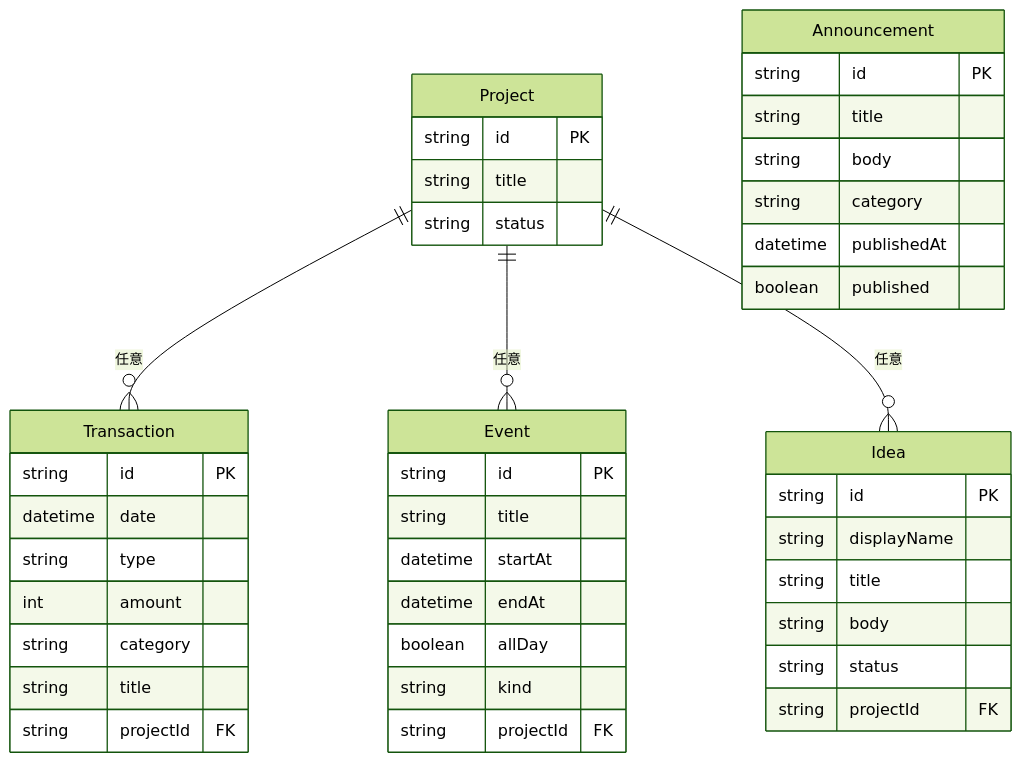
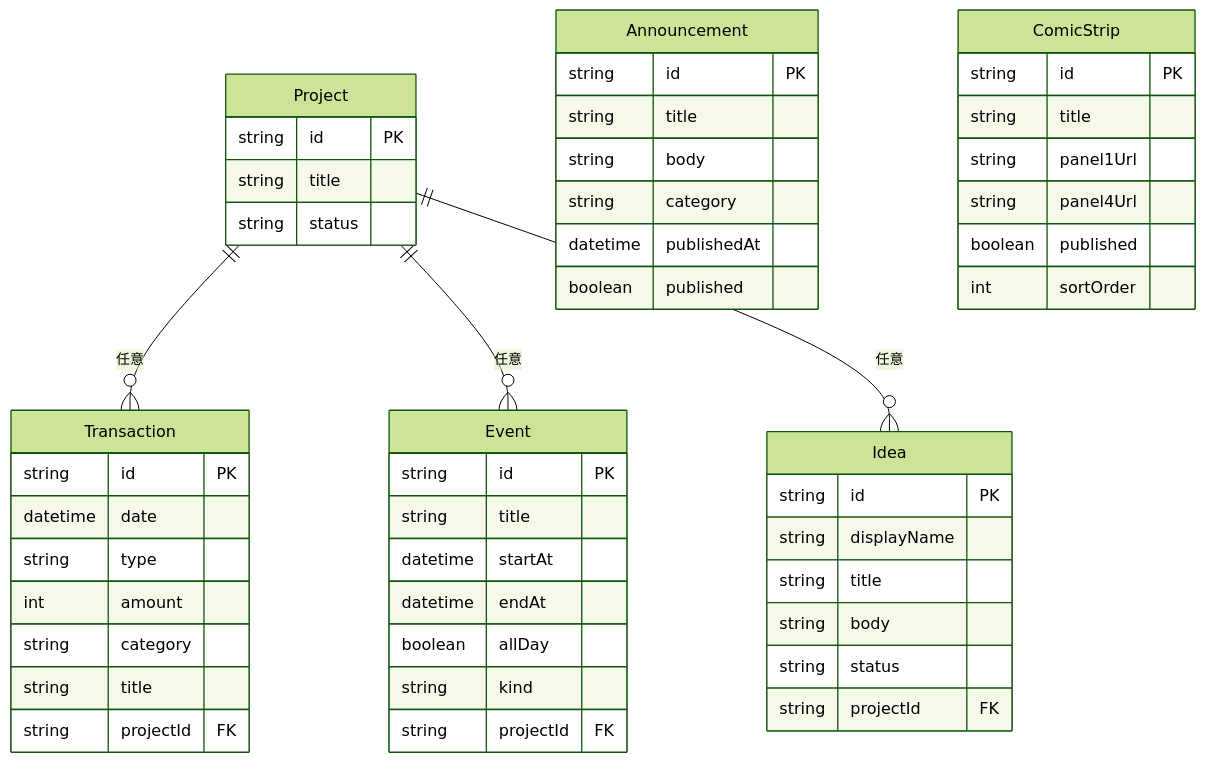
Before and after one commit to Kaggle-runa/runa-budget-app: the diagram in docs/architecture/data-model.md, drawn with Mermaid (forest theme). The commit also changed other lines of this file and 35 other files, not shown here.

````diff
--- a/docs/architecture/data-model.md
+++ b/docs/architecture/data-model.md
@@ -8,45 +8,53 @@
 ```mermaid
 erDiagram
   Project ||--o{ Transaction : "任意"
   Project ||--o{ Event : "任意"
   Project ||--o{ Idea : "任意"
   Project {
     string id PK
     string title
     string status
   }
   Transaction {
     string id PK
     datetime date
     string type
     int amount
     string category
     string title
     string projectId FK
   }
   Event {
     string id PK
     string title
     datetime startAt
     datetime endAt
     boolean allDay
     string kind
     string projectId FK
   }
   Idea {
     string id PK
     string displayName
     string title
     string body
     string status
     string projectId FK
   }
   Announcement {
     string id PK
     string title
     string body
     string category
     datetime publishedAt
     boolean published
   }
+  ComicStrip {
+    string id PK
+    string title
+    string panel1Url
+    string panel4Url
+    boolean published
+    int sortOrder
+  }
 ```
````
